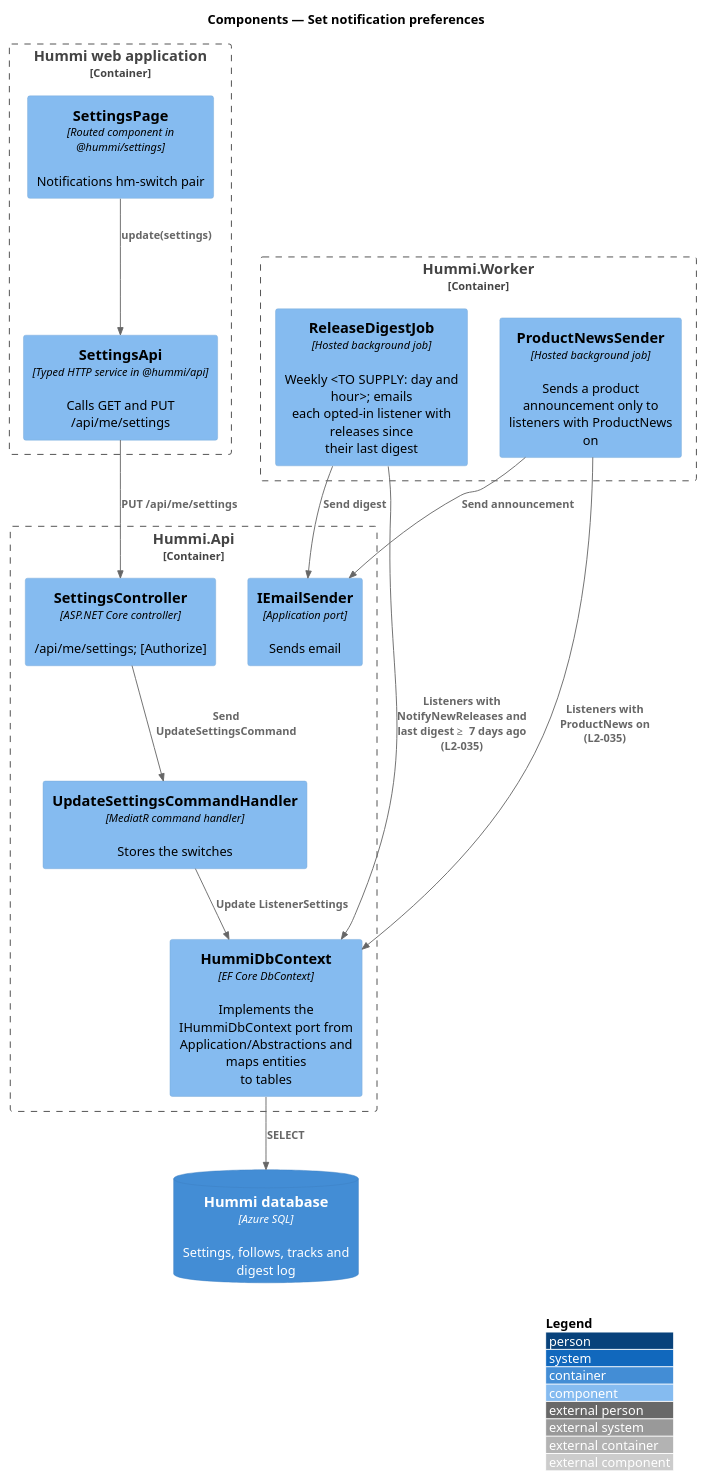
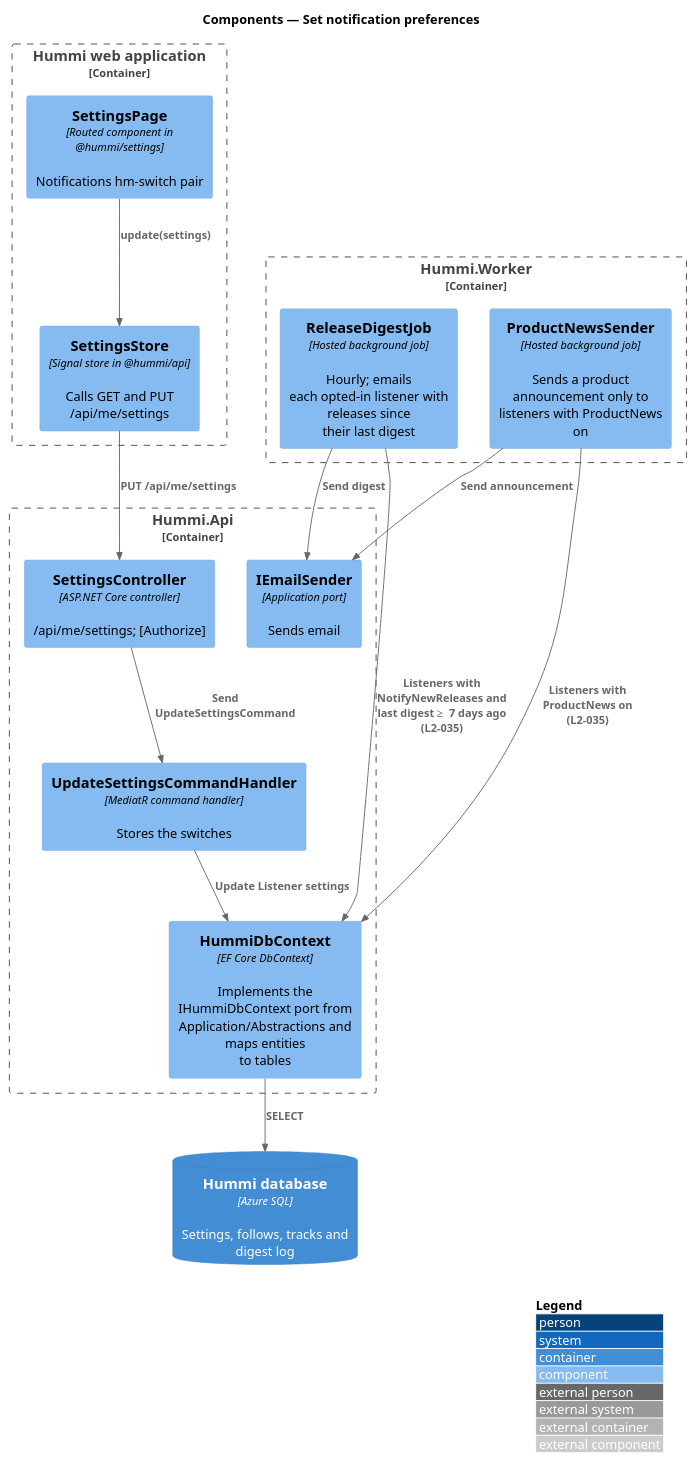
Before and after one commit to QuinntyneBrown/hummi: the diagram in docs/detailed-designs/settings/set-notification-preferences/diagrams/c4-component.puml, drawn with PlantUML. The commit also changed 70 other files, not shown here.

```diff
--- a/docs/detailed-designs/settings/set-notification-preferences/diagrams/c4-component.puml
+++ b/docs/detailed-designs/settings/set-notification-preferences/diagrams/c4-component.puml
@@ -1,30 +1,30 @@
 @startuml
 !include <C4/C4_Component>
 LAYOUT_WITH_LEGEND()
 title Components — Set notification preferences
 
 Container_Boundary(spa, "Hummi web application") {
   Component(page, "SettingsPage", "Routed component in @hummi/settings", "Notifications hm-switch pair")
-  Component(client, "SettingsApi", "Typed HTTP service in @hummi/api", "Calls GET and PUT /api/me/settings")
+  Component(client, "SettingsStore", "Signal store in @hummi/api", "Calls GET and PUT /api/me/settings")
 }
 Container_Boundary(api, "Hummi.Api") {
   Component(ctl, "SettingsController", "ASP.NET Core controller", "/api/me/settings; [Authorize]")
   Component(cmd, "UpdateSettingsCommandHandler", "MediatR command handler", "Stores the switches")
   Component(mail, "IEmailSender", "Application port", "Sends email")
   Component(ctx, "HummiDbContext", "EF Core DbContext", "Implements the IHummiDbContext port from\nApplication/Abstractions and maps entities\nto tables")
 }
 Container_Boundary(wk, "Hummi.Worker") {
-  Component(job, "ReleaseDigestJob", "Hosted background job", "Weekly <TO SUPPLY: day and hour>; emails\neach opted-in listener with releases since\ntheir last digest")
+  Component(job, "ReleaseDigestJob", "Hosted background job", "Hourly; emails\neach opted-in listener with releases since\ntheir last digest")
   Component(news, "ProductNewsSender", "Hosted background job", "Sends a product announcement only to\nlisteners with ProductNews on")
 }
 ContainerDb(db, "Hummi database", "Azure SQL", "Settings, follows, tracks and digest log")
 Rel(page, client, "update(settings)")
 Rel(client, ctl, "PUT /api/me/settings")
 Rel(ctl, cmd, "Send UpdateSettingsCommand")
-Rel(cmd, ctx, "Update ListenerSettings")
+Rel(cmd, ctx, "Update Listener settings")
 Rel(job, ctx, "Listeners with NotifyNewReleases and\nlast digest ≥ 7 days ago (L2-035)")
 Rel(ctx, db, "SELECT")
 Rel(job, mail, "Send digest")
 Rel(news, ctx, "Listeners with ProductNews on\n(L2-035)")
 Rel(news, mail, "Send announcement")
 @enduml
```
